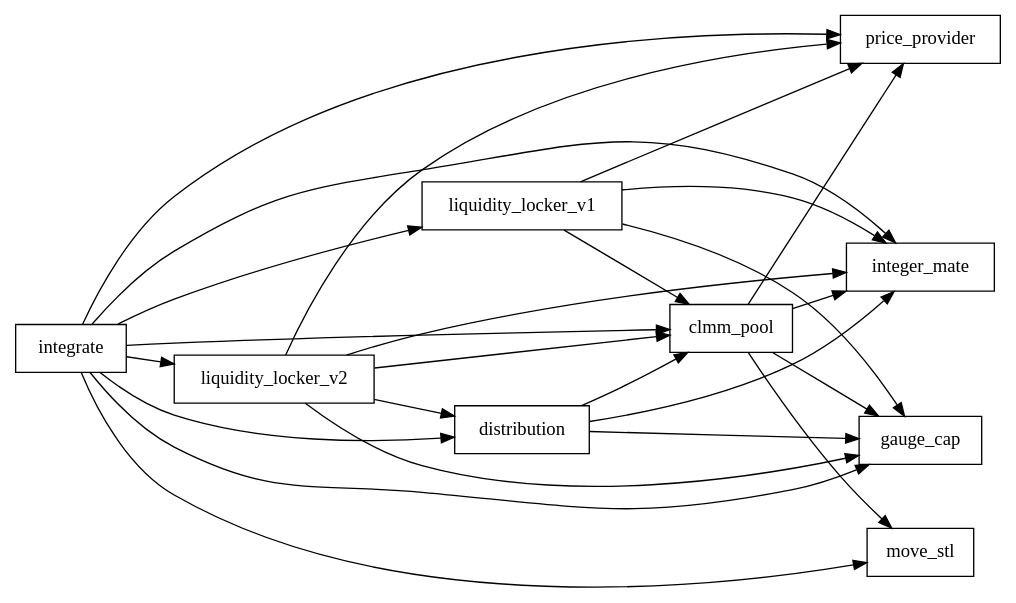
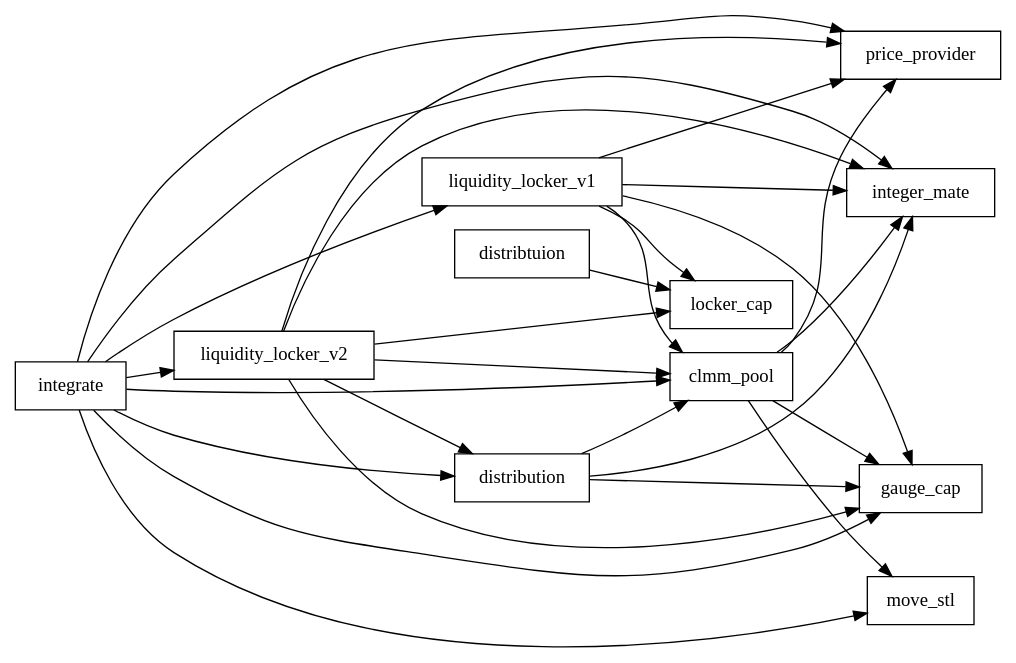
Before and after one commit to LFBuild/FullSail-SC: the diagram in dependency_graph.dot, drawn with Graphviz. The commit also changed 15 other files, not shown here.

```diff
--- a/dependency_graph.dot
+++ b/dependency_graph.dot
@@ -1,41 +1,45 @@
 digraph Dependencies {
     rankdir=LR;
     node [shape=box];
 
     // Nodes with no incoming dependencies
     "integrate";
 
     // Dependency relationships:
     "clmm_pool"    -> "price_provider"
     "integrate"    -> "price_provider"
 
     "integrate"    -> "liquidity_locker_v1"
     "integrate"    -> "liquidity_locker_v2"
 
     "liquidity_locker_v1" -> "clmm_pool"
     "liquidity_locker_v1" -> "integer_mate"
     "liquidity_locker_v1" -> "price_provider"
     "liquidity_locker_v1" -> "gauge_cap"
+    "liquidity_locker_v1" -> "locker_cap"
 
 
     "liquidity_locker_v2" -> "clmm_pool"
     "liquidity_locker_v2" -> "integer_mate"
     "liquidity_locker_v2" -> "price_provider"
     "liquidity_locker_v2" -> "gauge_cap"
     "liquidity_locker_v2" -> "distribution"
+    "liquidity_locker_v2" -> "locker_cap"
+
 
     "distribution" -> "clmm_pool";
     "integrate"    -> "clmm_pool";
     "integrate"    -> "distribution";
 
     "clmm_pool"    -> "move_stl";
     "integrate"    -> "move_stl";
 
     "clmm_pool"    -> "integer_mate";
     "integrate"    -> "integer_mate";
     "distribution"  -> "integer_mate";
 
     "clmm_pool"    -> "gauge_cap";
     "distribution" -> "gauge_cap";
     "integrate"    -> "gauge_cap";
+    "distribtuion" -> "locker_cap"
 }
```
